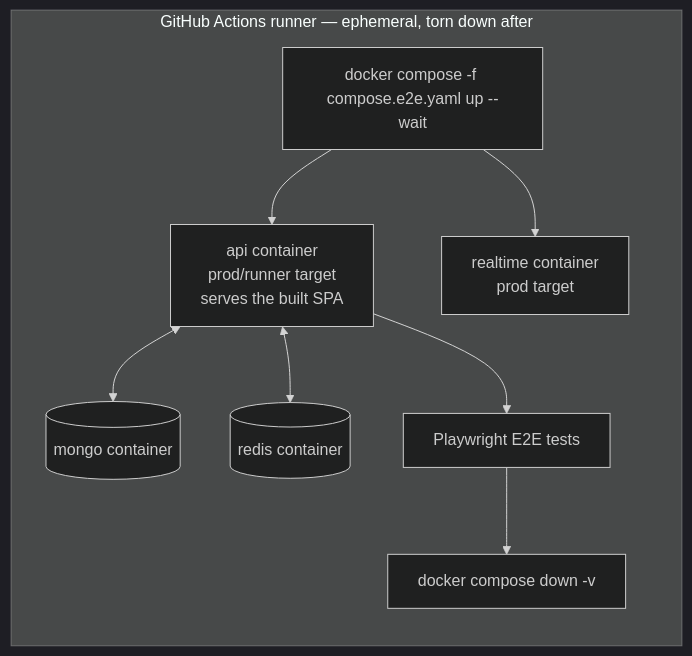
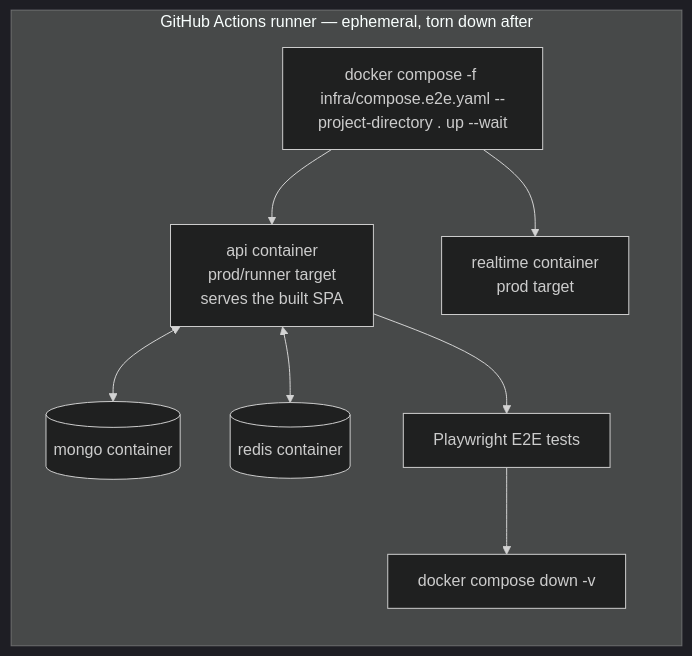
One commit to YonatanHen/Blog-Chat-app changed the fourth of 4 diagrams in docs/architecture/deployment-architecture.md. Above: the diagram before and after it, drawn with Mermaid (dark theme). The commit also changed other lines of this file and 105 other files, not shown here.

First line of the commit message:
refactor: rename apps/api to apps/server, split packages/shared, move infra config

````diff
--- a/docs/architecture/deployment-architecture.md
+++ b/docs/architecture/deployment-architecture.md
@@ -145,11 +145,11 @@
 ```mermaid
 flowchart LR
     subgraph Runner["GitHub Actions runner — ephemeral, torn down after"]
-        Compose["docker compose -f compose.e2e.yaml up --wait"] --> ApiE2E["api container<br/>prod/runner target<br/>serves the built SPA"]
+        Compose["docker compose -f infra/compose.e2e.yaml --project-directory . up --wait"] --> ApiE2E["api container<br/>prod/runner target<br/>serves the built SPA"]
         Compose --> RealtimeE2E["realtime container<br/>prod target"]
         ApiE2E <--> MongoE2E[("mongo container")]
         ApiE2E <--> RedisE2E[("redis container")]
         ApiE2E --> PW["Playwright E2E tests"]
         PW --> Down["docker compose down -v"]
     end
 ```
````
